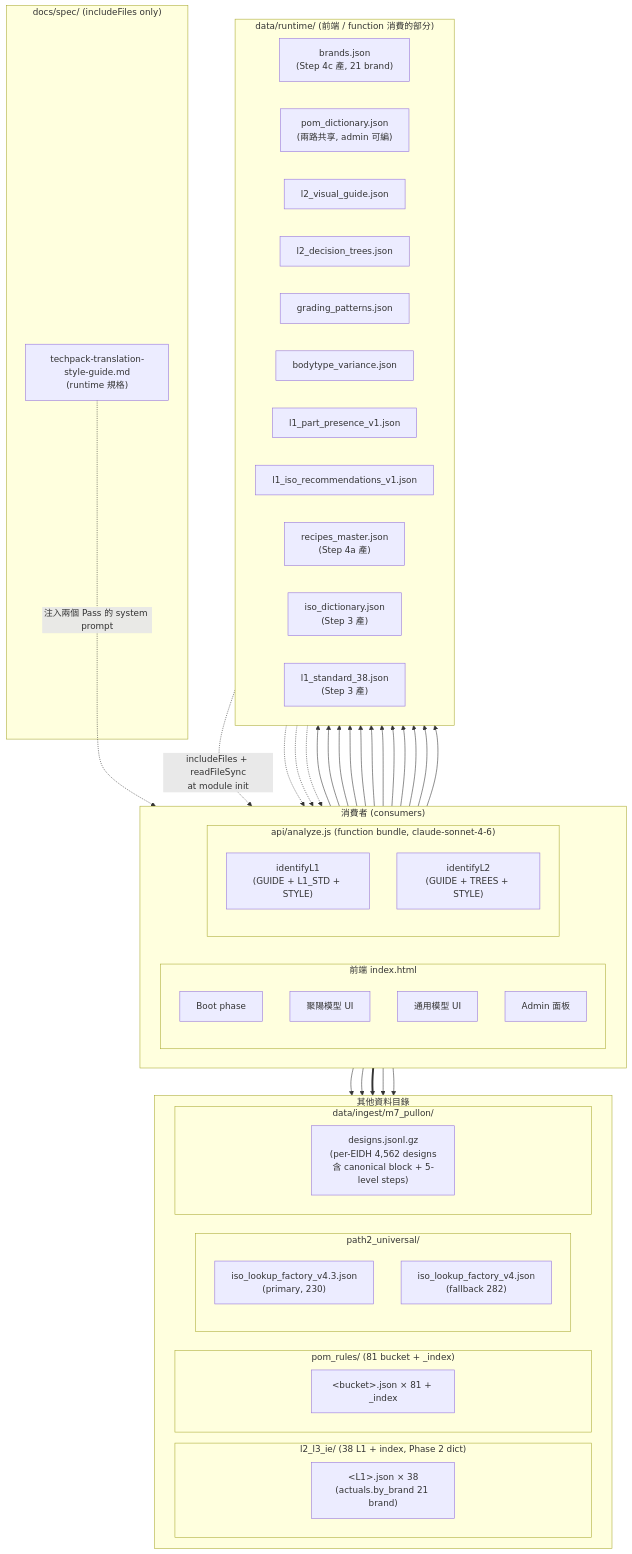
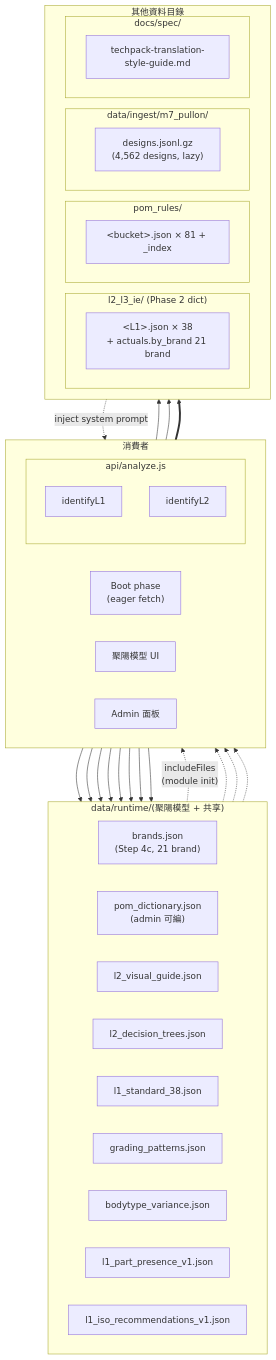
Before and after one commit to ellyfd/stytrix-techpack: the third of 5 diagrams in docs/spec/網站架構圖.md, drawn with Mermaid. The commit also changed other lines of this file, not shown here.

Commit message:
docs(網站架構圖): Section 3 拆成 3a 聚陽模型 + 3b 通用模型 兩張圖
TB 後一張 30 個 node 仍被擠成一條長橫帶,雙模式分流本來就是 Section 2 的
主結構,Section 3 「誰吃誰」也跟著拆成兩張對齊:

3a 聚陽模型 (makalot mode):
  Top: FE_boot + FE_make + FE_admin + Fn (pass1+pass2)
  Runtime: brands, pomdict, guide, trees, l1std, grading, bodyvar, pres, iso (9 node)
  Other: l2_l3_ie / pom_rules / m7_pullon (lazy) / docs/spec

3b 通用模型 (universal mode):
  Top: FE_boot + FE_uni + FE_admin + Fn (只 pass1)
  Runtime: brands, pomdict, guide, l1std, recipes, isodict (6 node, 無 trees / bodyvar / pres / iso / grading)
  Other: path2_universal × 2 + docs/spec

兩張共享資源 (brands / pomdict / guide / l1std) 各畫一次,prose 加
「兩路共享」段落明說重複是刻意設計,避免讀者誤以為兩張之間還有別的耦合。

https://claude.ai/code/session_01TBhYKbca9EQZGNwTMfF6BN

````diff
--- a/docs/spec/網站架構圖.md
+++ b/docs/spec/網站架構圖.md
@@ -118,67 +120,55 @@
 ```mermaid
 flowchart TB
-  subgraph Top["消費者 (consumers)"]
+  subgraph Top["消費者"]
     direction LR
-    subgraph Front["前端 index.html"]
+    FE_boot["Boot phase<br/>(eager fetch)"]
+    FE_make["聚陽模型 UI"]
+    FE_admin["Admin 面板"]
+    subgraph Fn["api/analyze.js"]
       direction TB
-      FE_boot["Boot phase"]
-      FE_make["聚陽模型 UI"]
-      FE_uni["通用模型 UI"]
-      FE_admin["Admin 面板"]
-    end
-    subgraph Fn["api/analyze.js (function bundle, claude-sonnet-4-6)"]
-      direction TB
-      FN_pass1["identifyL1<br/>(GUIDE + L1_STD + STYLE)"]
-      FN_pass2["identifyL2<br/>(GUIDE + TREES + STYLE)"]
+      FN_pass1["identifyL1"]
+      FN_pass2["identifyL2"]
     end
   end
 
-  subgraph Runtime["data/runtime/ (前端 / function 消費的部分)"]
+  subgraph Runtime["data/runtime/(聚陽模型 + 共享)"]
     direction LR
-    D_brands["brands.json<br/>(Step 4c 產, 21 brand)"]
-    D_pomdict["pom_dictionary.json<br/>(兩路共享, admin 可編)"]
+    D_brands["brands.json<br/>(Step 4c, 21 brand)"]
+    D_pomdict["pom_dictionary.json<br/>(admin 可編)"]
     D_guide["l2_visual_guide.json"]
     D_trees["l2_decision_trees.json"]
+    D_l1std["l1_standard_38.json"]
     D_grading["grading_patterns.json"]
     D_bodyvar["bodytype_variance.json"]
     D_pres["l1_part_presence_v1.json"]
     D_iso["l1_iso_recommendations_v1.json"]
-    D_recipes["recipes_master.json<br/>(Step 4a 產)"]
-    D_isodict["iso_dictionary.json<br/>(Step 3 產)"]
-    D_l1std["l1_standard_38.json<br/>(Step 3 產)"]
   end
 
-  subgraph DataDirs["其他資料目錄"]
+  subgraph Other["其他資料目錄"]
     direction LR
-    subgraph IE["l2_l3_ie/ (38 L1 + index, Phase 2 dict)"]
-      IE_files["&lt;L1&gt;.json × 38<br/>(actuals.by_brand 21 brand)"]
+    subgraph IE["l2_l3_ie/ (Phase 2 dict)"]
+      IE_files["&lt;L1&gt;.json × 38<br/>+ actuals.by_brand 21 brand"]
     end
-    subgraph PomRules["pom_rules/ (81 bucket + _index)"]
+    subgraph PomRules["pom_rules/"]
       P_files["&lt;bucket&gt;.json × 81 + _index"]
     end
-    subgraph Path2["path2_universal/"]
-      direction TB
-      G_v43["iso_lookup_factory_v4.3.json<br/>(primary, 230)"]
-      G_v4["iso_lookup_factory_v4.json<br/>(fallback 282)"]
+    subgraph Ingest["data/ingest/m7_pullon/"]
+      M_designs["designs.jsonl.gz<br/>(4,562 designs, lazy)"]
     end
-    subgraph Ingest["data/ingest/m7_pullon/"]
-      M_designs["designs.jsonl.gz<br/>(per-EIDH 4,562 designs<br/>含 canonical block + 5-level steps)"]
+    subgraph Spec["docs/spec/"]
+      R_style["techpack-translation-style-guide.md"]
     end
   end
 
-  subgraph Spec["docs/spec/ (includeFiles only)"]
-    R_style["techpack-translation-style-guide.md<br/>(runtime 規格)"]
-  end
+  %% Boot
+  FE_boot --> D_brands
 
-  %% function bundle (compile-time include)
-  D_guide -. "includeFiles + readFileSync<br/>at module init" .-> FN_pass1
+  %% Fn includeFiles
+  D_guide -. "includeFiles<br/>(module init)" .-> FN_pass1
   D_l1std -.-> FN_pass1
   D_guide -.-> FN_pass2
   D_trees -.-> FN_pass2
-  R_style -. "注入兩個 Pass 的 system prompt" .-> Fn
-
-  %% Boot eager fetch
-  FE_boot --> D_brands
+  R_style -. "inject system prompt" .-> Fn
 
   %% 聚陽模型 runtime fetch
   FE_make --> IE_files
@@ -190,15 +180,7 @@
   FE_make --> D_guide
   FE_make ==> M_designs
 
-  %% 通用模型 runtime fetch
-  FE_uni --> G_v43
-  FE_uni --> G_v4
-  FE_uni --> D_recipes
-  FE_uni --> D_isodict
-  FE_uni --> D_l1std
-
-  %% 共用
+  %% 共享
   FE_make --> D_pomdict
-  FE_uni --> D_pomdict
   FE_admin --> D_pomdict
 ```
````
